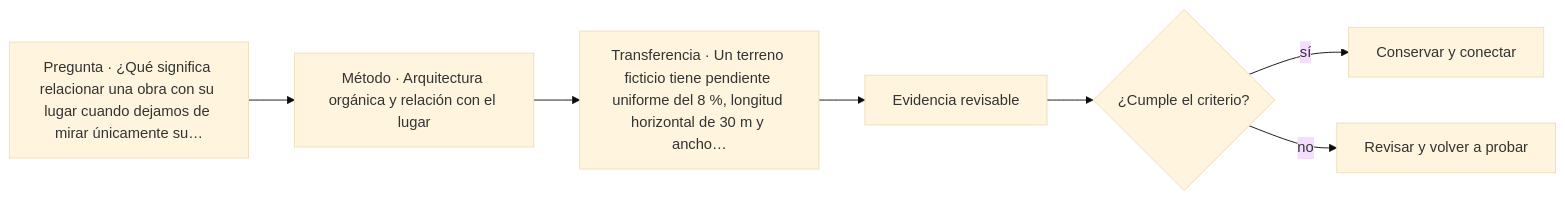
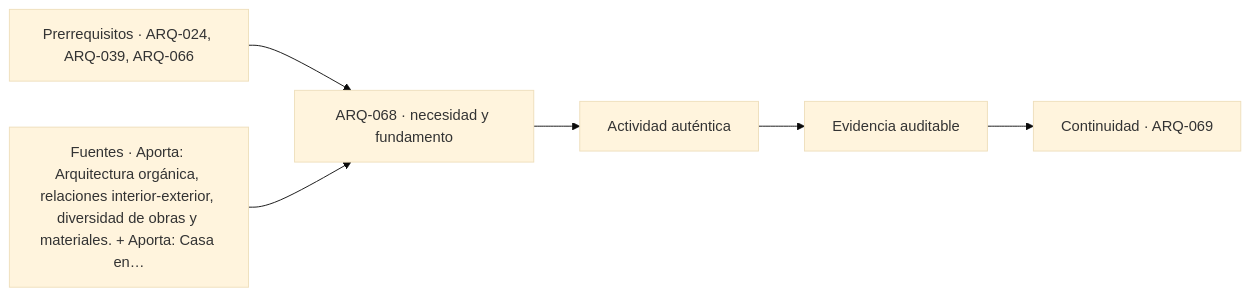
Before and after one commit to vladimiracunadev-create/architecture-built-environment-learning-program: the diagram in classes/parte-07/ARQ-068.md, drawn with Mermaid (base theme). The commit also changed other lines of this file and 761 other files, not shown here.

````diff
--- a/classes/parte-07/ARQ-068.md
+++ b/classes/parte-07/ARQ-068.md
@@ -111,9 +123,8 @@
 ```mermaid
 flowchart LR
-    Q["Pregunta · ¿Qué significa relacionar una obra con su lugar cuando dejamos de mirar únicamente su…"] --> M["Método · Arquitectura orgánica y relación con el lugar"]
-    M --> P["Transferencia · Un terreno ficticio tiene pendiente uniforme del 8 %, longitud horizontal de 30 m y ancho…"]
-    P --> E["Evidencia revisable"]
-    E --> C{"¿Cumple el criterio?"}
-    C -->|sí| T["Conservar y conectar"]
-    C -->|no| R["Revisar y volver a probar"]
+    A["Prerrequisitos · ARQ-024, ARQ-039, ARQ-066"] --> B["ARQ-068 · necesidad y fundamento"]
+    S["Fuentes · Aporta: Arquitectura orgánica, relaciones interior-exterior, diversidad de obras y materiales. + Aporta: Casa en…"] --> B
+    B --> C["Actividad auténtica"]
+    C --> D["Evidencia auditable"]
+    D --> E["Continuidad · ARQ-069"]
 ```
````
